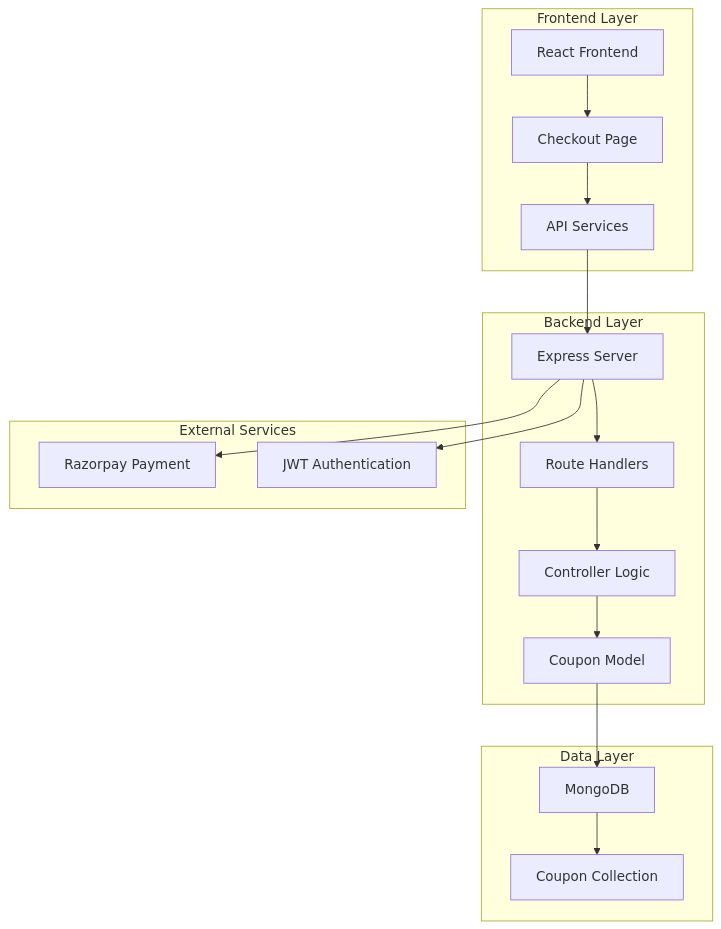
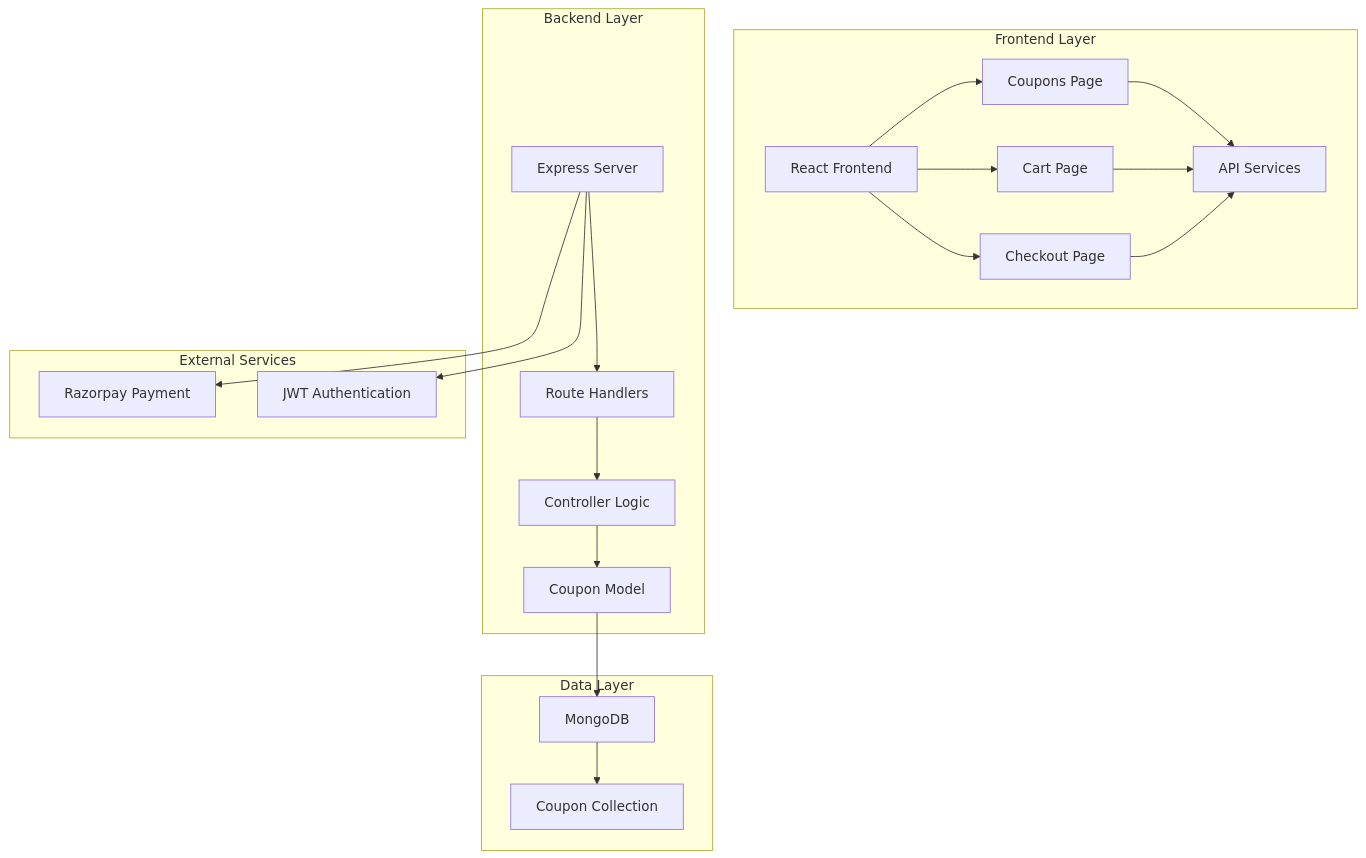
Before and after one commit to Pavan-PSPK9032/TrendsandToss: the first of 15 diagrams in .qoder/repowiki/en/content/Backend API Documentation/Coupon System.md, drawn with Mermaid. The commit also changed other lines of this file and 24 other files, not shown here.

````diff
--- a/.qoder/repowiki/en/content/Backend API Documentation/Coupon System.md
+++ b/.qoder/repowiki/en/content/Backend API Documentation/Coupon System.md
@@ -42,32 +56,37 @@
 ```mermaid
 graph TB
 subgraph "Frontend Layer"
 FE_Client[React Frontend]
+FE_Coupons[Coupons Page]
+FE_Cart[Cart Page]
 FE_Checkout[Checkout Page]
 FE_API[API Services]
 end
 subgraph "Backend Layer"
 BE_Server[Express Server]
 BE_Routes[Route Handlers]
 BE_Controller[Controller Logic]
 BE_Model[Coupon Model]
 end
 subgraph "Data Layer"
 DB_Mongo[MongoDB]
 DB_Coupons[Coupon Collection]
 end
 subgraph "External Services"
 ES_Razorpay[Razorpay Payment]
 ES_Auth[JWT Authentication]
 end
+FE_Client --> FE_Coupons
+FE_Client --> FE_Cart
 FE_Client --> FE_Checkout
+FE_Coupons --> FE_API
+FE_Cart --> FE_API
 FE_Checkout --> FE_API
-FE_API --> BE_Server
 BE_Server --> BE_Routes
 BE_Routes --> BE_Controller
 BE_Controller --> BE_Model
 BE_Model --> DB_Mongo
 DB_Mongo --> DB_Coupons
 BE_Server --> ES_Razorpay
 BE_Server --> ES_Auth
 ```
````
